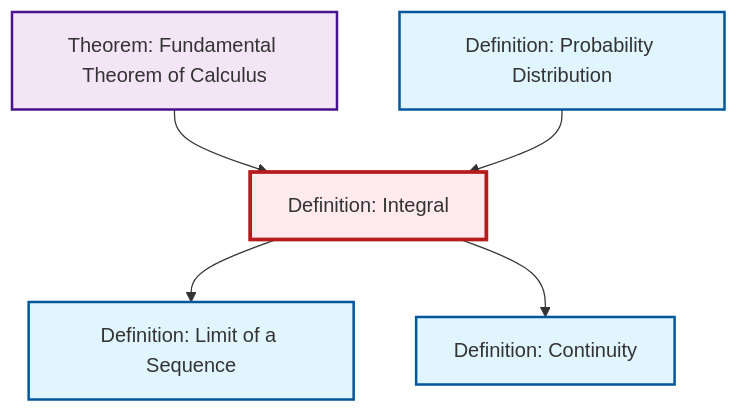
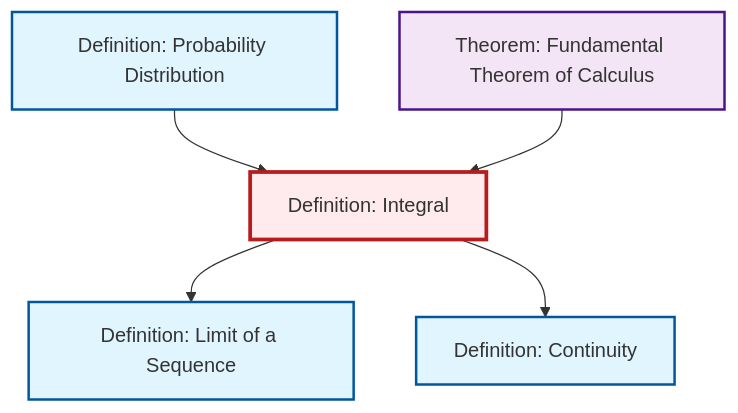
One commit to RK0429/ModernMath changed the diagram in content/en/analysis/def-integral.qmd. Above: the diagram before and after it, drawn with Mermaid. The commit also changed other lines of this file and 328 other files, not shown here.

````diff
--- a/content/en/analysis/def-integral.qmd
+++ b/content/en/analysis/def-integral.qmd
@@ -81,23 +81,23 @@
 ```{mermaid}
 %%| fig-cap: "Local dependency graph"
 graph TD
     classDef definition fill:#e1f5fe,stroke:#01579b,stroke-width:2px
     classDef theorem fill:#f3e5f5,stroke:#4a148c,stroke-width:2px
     classDef axiom fill:#fff3e0,stroke:#e65100,stroke-width:2px
     classDef example fill:#e8f5e9,stroke:#1b5e20,stroke-width:2px
     classDef current fill:#ffebee,stroke:#b71c1c,stroke-width:3px
     def-limit["Definition: Limit of a Sequence"]:::definition
-    thm-fundamental-calculus["Theorem: Fundamental Theorem of Calculus"]:::theorem
-    def-probability-distribution["Definition: Probability Distribution"]:::definition
     def-continuity["Definition: Continuity"]:::definition
     def-integral["Definition: Integral"]:::definition
+    def-probability-distribution["Definition: Probability Distribution"]:::definition
+    thm-fundamental-calculus["Theorem: Fundamental Theorem of Calculus"]:::theorem
+    def-probability-distribution --> def-integral
     thm-fundamental-calculus --> def-integral
     def-integral --> def-limit
     def-integral --> def-continuity
-    def-probability-distribution --> def-integral
     class def-integral current
     click def-limit "def-limit.html" "Go to Limit of a Sequence definition"
+    click def-continuity "def-continuity.html" "Go to Continuity definition"
+    click def-probability-distribution "def-probability-distribution.html" "Go to Probability Distribution definition"
     click thm-fundamental-calculus "thm-fundamental-calculus.html" "Go to Fundamental Theorem of Calculus theorem"
-    click def-probability-distribution "def-probability-distribution.html" "Go to Probability Distribution definition"
-    click def-continuity "def-continuity.html" "Go to Continuity definition"
 ```
````
